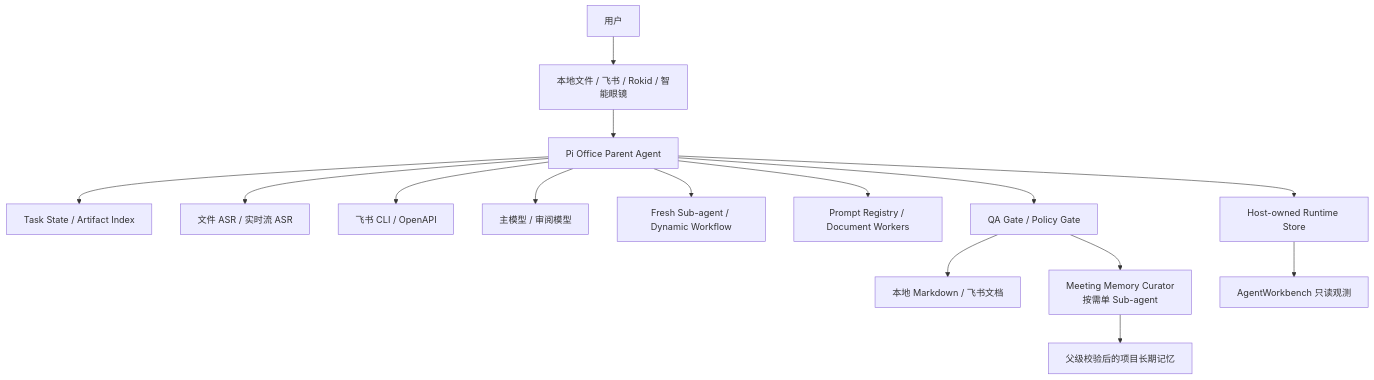
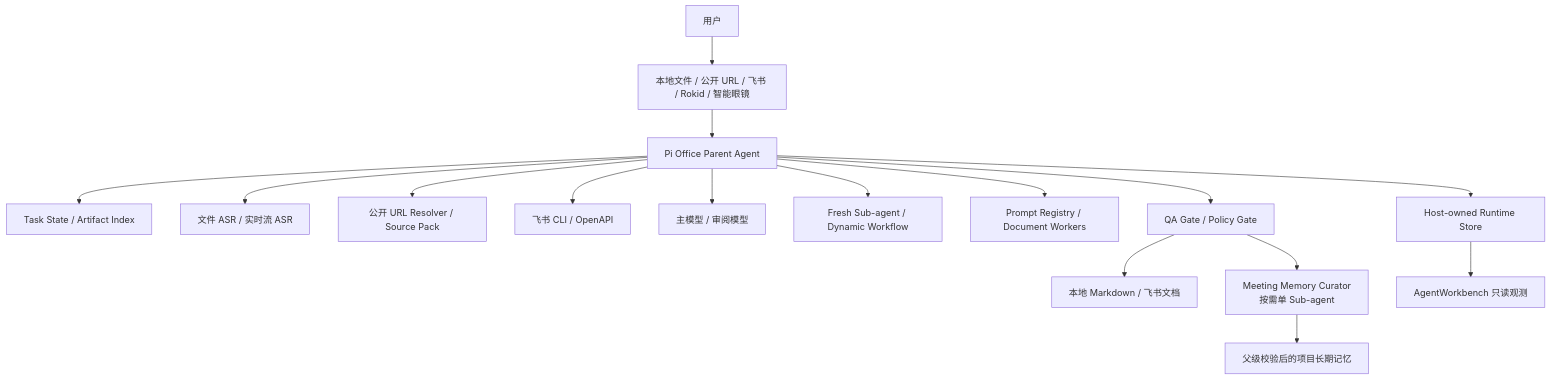
Before and after one commit to DESONGs/assignment-agent: the first of 9 diagrams in wiki/02-agent-architecture.md, drawn with Mermaid. The commit also changed other lines of this file and 52 other files, not shown here.

Commit message:
feat: add adaptive execution and public URL source packs

````diff
--- a/wiki/02-agent-architecture.md
+++ b/wiki/02-agent-architecture.md
@@ -22,17 +24,18 @@
 ```mermaid
 flowchart TB
-    User["用户"] --> Channels["本地文件 / 飞书 / Rokid / 智能眼镜"]
+    User["用户"] --> Channels["本地文件 / 公开 URL / 飞书 / Rokid / 智能眼镜"]
     Channels --> Parent["Pi Office Parent Agent"]
     Parent --> Task["Task State / Artifact Index"]
     Parent --> Media["文件 ASR / 实时流 ASR"]
+    Parent --> PublicSource["公开 URL Resolver / Source Pack"]
     Parent --> Lark["飞书 CLI / OpenAPI"]
     Parent --> Models["主模型 / 审阅模型"]
     Parent --> Children["Fresh Sub-agent / Dynamic Workflow"]
     Parent --> Docs["Prompt Registry / Document Workers"]
     Parent --> Store["Host-owned Runtime Store"]
     Parent --> QA["QA Gate / Policy Gate"]
     QA --> Delivery["本地 Markdown / 飞书文档"]
     QA --> Curator["Meeting Memory Curator\n按需单 Sub-agent"]
     Curator --> Memory["父级校验后的项目长期记忆"]
     Store --> Workbench["AgentWorkbench 只读观测"]
 ```
````
